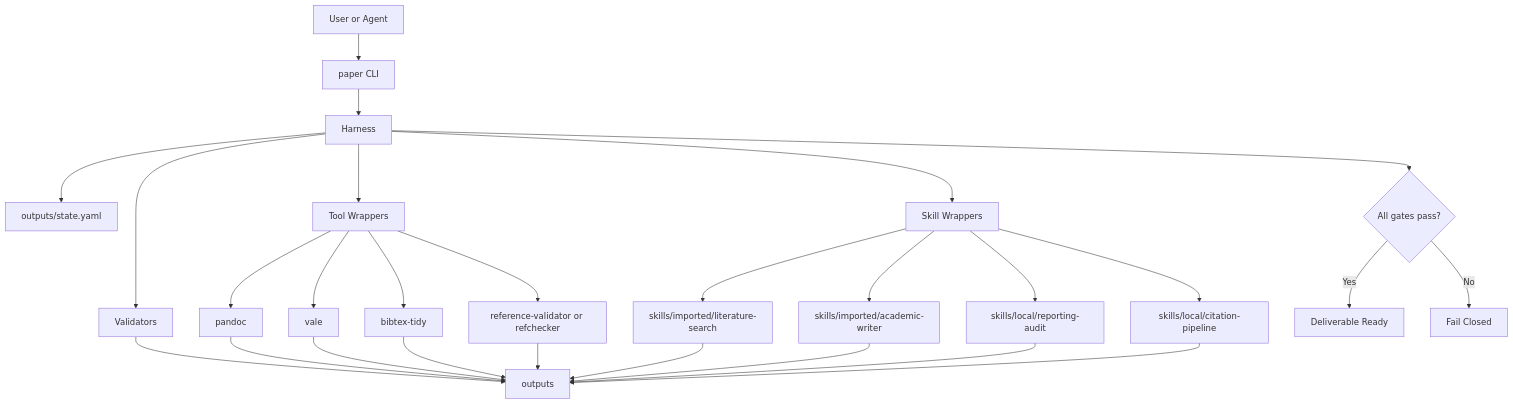
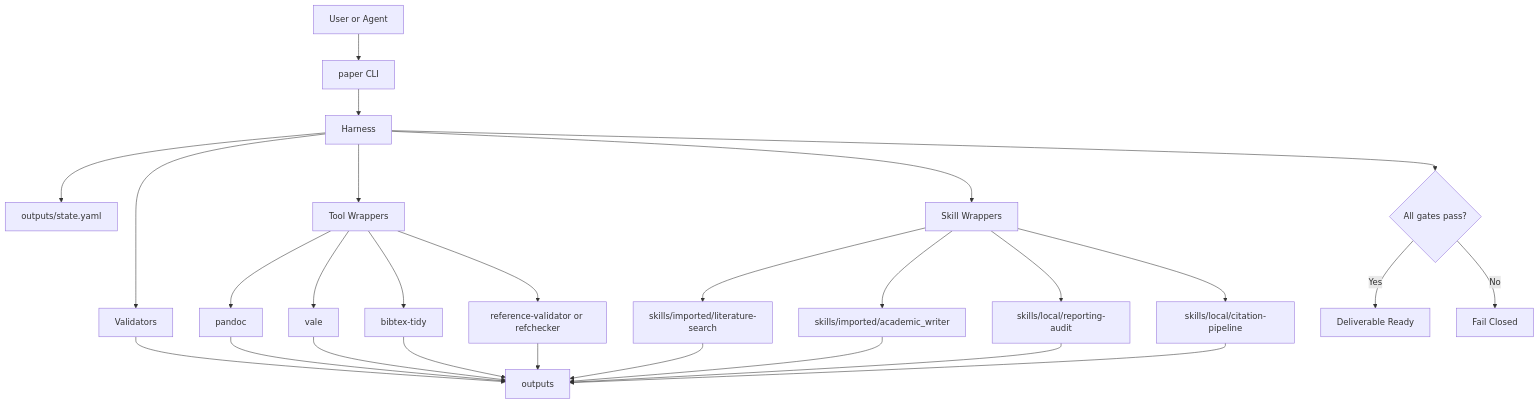
Before and after one commit to fegome90-cmd/paper-writer: the diagram in docs/REPO_ARCHITECTURE.md, drawn with Mermaid. The commit also changed 6 other files, not shown here.

````diff
--- a/docs/REPO_ARCHITECTURE.md
+++ b/docs/REPO_ARCHITECTURE.md
@@ -315,33 +315,33 @@
 ```mermaid
 flowchart TD
     U[User or Agent] --> C[paper CLI]
     C --> H[Harness]
     H --> S[outputs/state.yaml]
     H --> V[Validators]
     H --> T[Tool Wrappers]
     H --> K[Skill Wrappers]
 
     T --> P[pandoc]
     T --> VA[vale]
     T --> B[bibtex-tidy]
     T --> R[reference-validator or refchecker]
 
     K --> LS[skills/imported/literature-search]
-    K --> AW[skills/imported/academic-writer]
+    K --> AW[skills/imported/academic_writer]
     K --> LA[skills/local/reporting-audit]
     K --> CP[skills/local/citation-pipeline]
 
     V --> O[outputs]
     P --> O
     VA --> O
     B --> O
     R --> O
     LS --> O
     AW --> O
     LA --> O
     CP --> O
 
     H --> G{All gates pass?}
     G -->|Yes| D[Deliverable Ready]
     G -->|No| F[Fail Closed]
 ```
````
